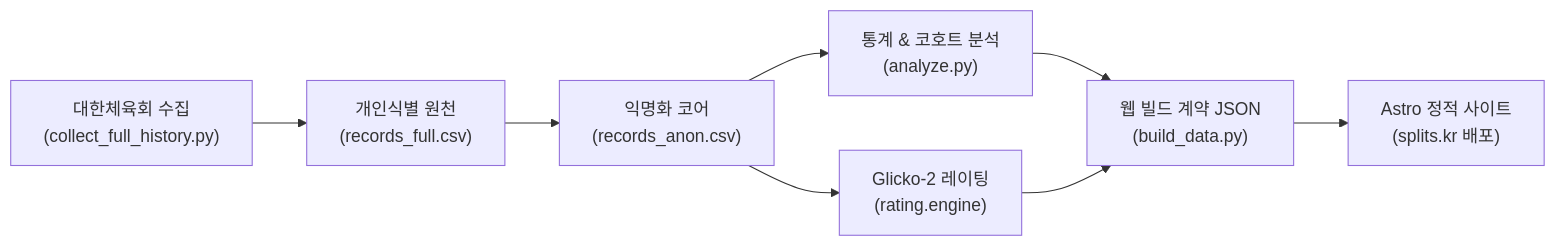
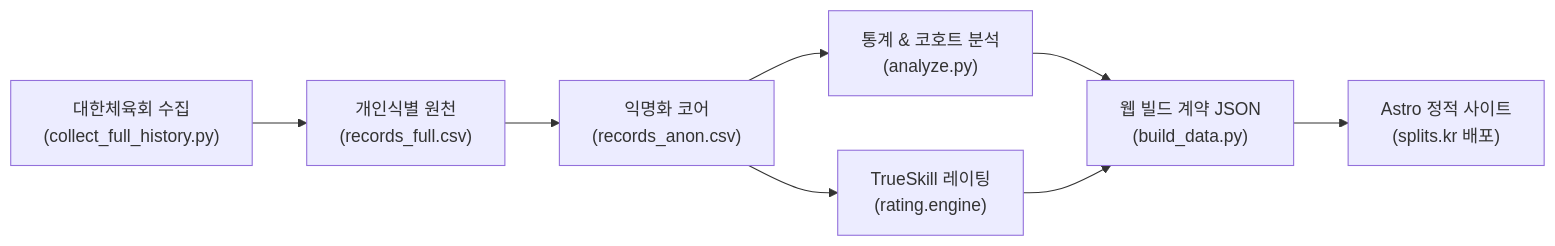
One commit to es-kimo/splits changed the diagram in README.md. Above: the diagram before and after it, drawn with Mermaid. The commit also changed other lines of this file and 4 other files, not shown here.

````diff
--- a/README.md
+++ b/README.md
@@ -40,9 +40,9 @@
 ```mermaid
 flowchart LR
     A["대한체육회 수집<br/>(collect_full_history.py)"] --> B["개인식별 원천<br/>(records_full.csv)"]
     B --> C["익명화 코어<br/>(records_anon.csv)"]
     C --> D["통계 & 코호트 분석<br/>(analyze.py)"]
-    C --> E["Glicko-2 레이팅<br/>(rating.engine)"]
+    C --> E["TrueSkill 레이팅<br/>(rating.engine)"]
     D & E --> F["웹 빌드 계약 JSON<br/>(build_data.py)"]
     F --> G["Astro 정적 사이트<br/>(splits.kr 배포)"]
 ```
````
